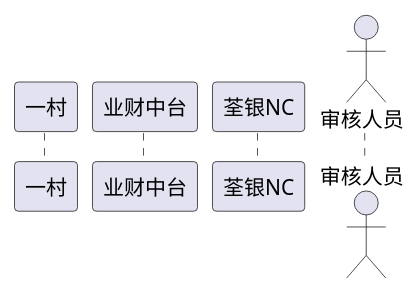
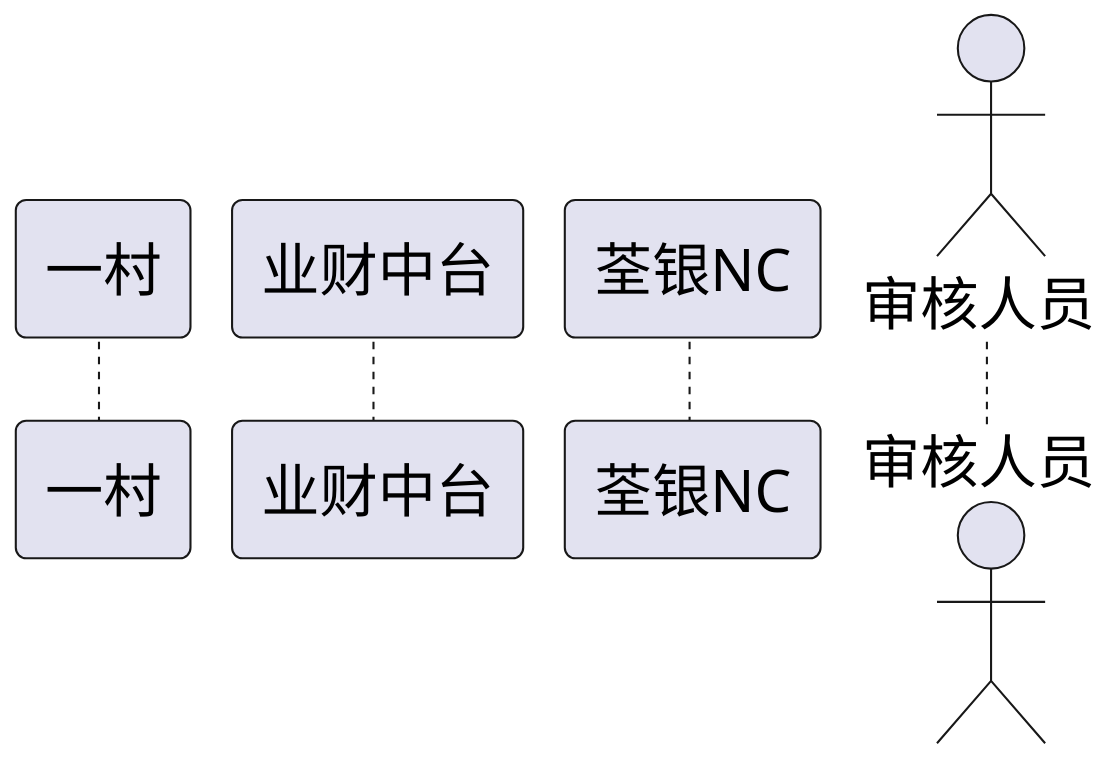
One commit to zhaoshg/javatest changed the diagram in plantuml/CustomInfo-sequence.puml. Above: the diagram before and after it, drawn with PlantUML. The commit also changed 1 other file, not shown here.

```diff
--- a/plantuml/CustomInfo-sequence.puml
+++ b/plantuml/CustomInfo-sequence.puml
@@ -1,46 +1,46 @@
 @startuml
 'https://plantuml.com/sequence-diagram
-
+scale 750 width
 participant 一村 as yicun
 participant 业财中台 as zt
 participant 荃银NC as nc
 actor 审核人员 as admin
-'
+
 '== 推送客户数据 ==
 'yicun -> yicun : 定时任务获取未推送客户
 'activate yicun
 'loop n次
 '    yicun -> zt : 推送客户信息
 '    activate zt
 '    alt 推送成功
 '        zt -->yicun : 推送成功
 '    else 某种原因失败了
 '        zt -->yicun : 返回失败原因
 '    end
 '    deactivate zt
 'end
 'deactivate yicun
 '
 '== 人工审核 ==
 'admin -> nc : 人工审核
 'activate nc
 'alt 审核通过
 'activate zt
 '        nc --> zt : 审核通过
 '    else 审核失败
 '        nc --> zt : 审核失败
 '        zt --> yicun :  推送失败原因
 'deactivate zt
 'deactivate nc
 'end
 '== 查询已推送客户是否成功 ==
 'yicun -> zt : 定时任务获取增量客户
 'activate yicun
 'activate zt
 'loop n次
 '    yicun -> yicun : 更新客户推送标记/信息
 'end
 'deactivate yicun
 'deactivate zt
 
 @enduml
```
